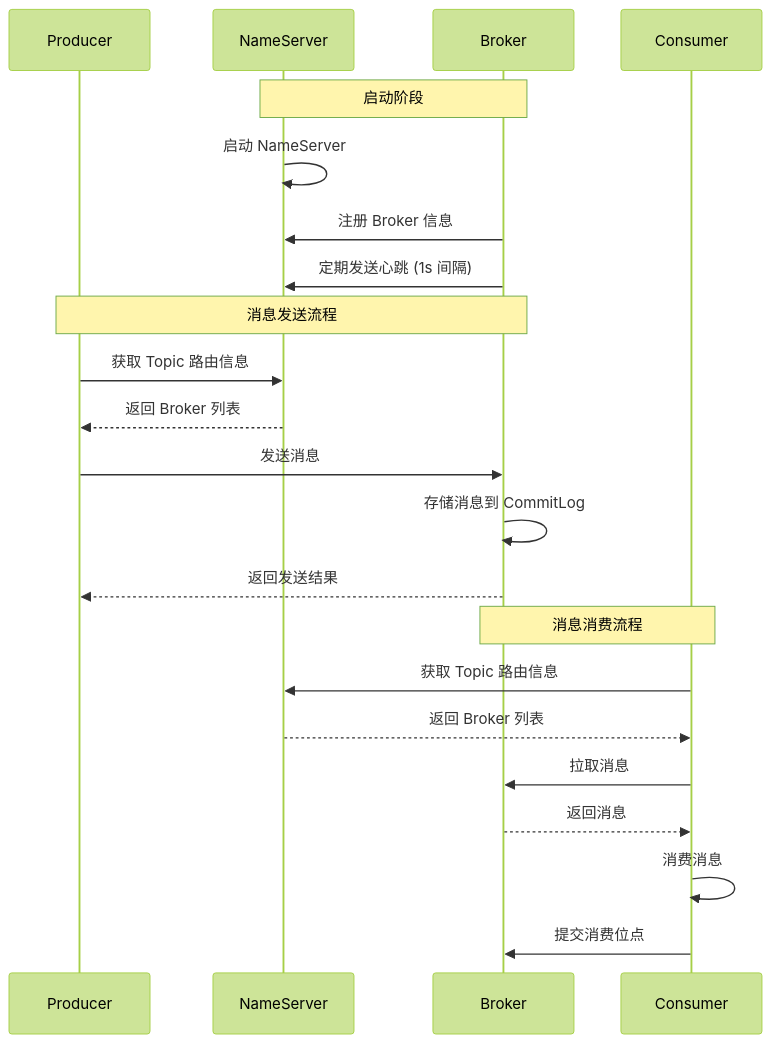
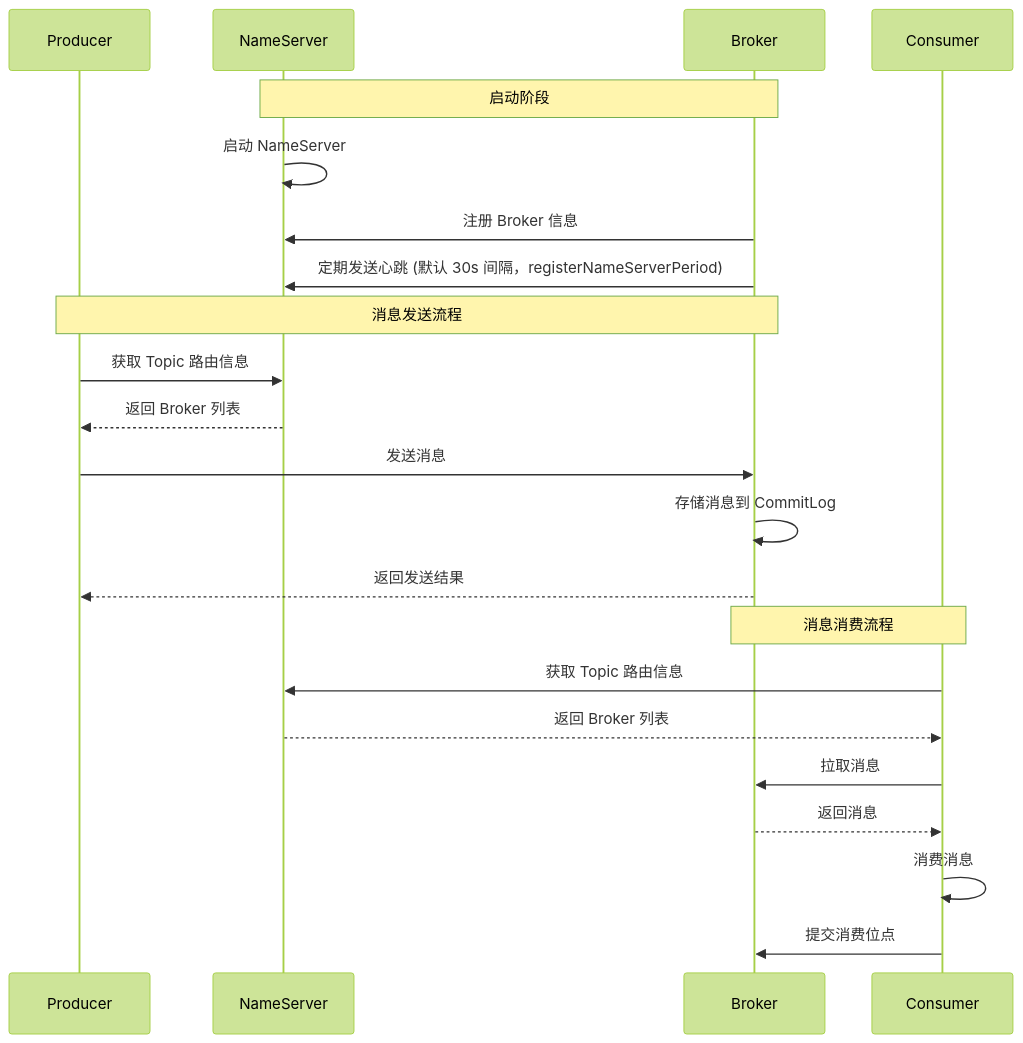
The second of 3 diagrams in docs/RocketMQ技术架构/01-概述篇.md (wilimm/rocketmq), drawn with Mermaid (forest theme) before and after one commit. The commit also changed other lines of this file and 13 other files, not shown here.

````diff
--- a/docs/RocketMQ技术架构/01-概述篇.md
+++ b/docs/RocketMQ技术架构/01-概述篇.md
@@ -103,27 +104,27 @@
 ```mermaid
 sequenceDiagram
     participant P as Producer
     participant N as NameServer
     participant B as Broker
     participant C as Consumer
 
     Note over N,B: 启动阶段
     N->>N: 启动 NameServer
     B->>N: 注册 Broker 信息
-    B->>N: 定期发送心跳 (1s 间隔)
+    B->>N: 定期发送心跳 (默认 30s 间隔，registerNameServerPeriod)
 
     Note over P,B: 消息发送流程
     P->>N: 获取 Topic 路由信息
     N-->>P: 返回 Broker 列表
     P->>B: 发送消息
     B->>B: 存储消息到 CommitLog
     B-->>P: 返回发送结果
 
     Note over C,B: 消息消费流程
     C->>N: 获取 Topic 路由信息
     N-->>C: 返回 Broker 列表
     C->>B: 拉取消息
     B-->>C: 返回消息
     C->>C: 消费消息
     C->>B: 提交消费位点
 ```
````
